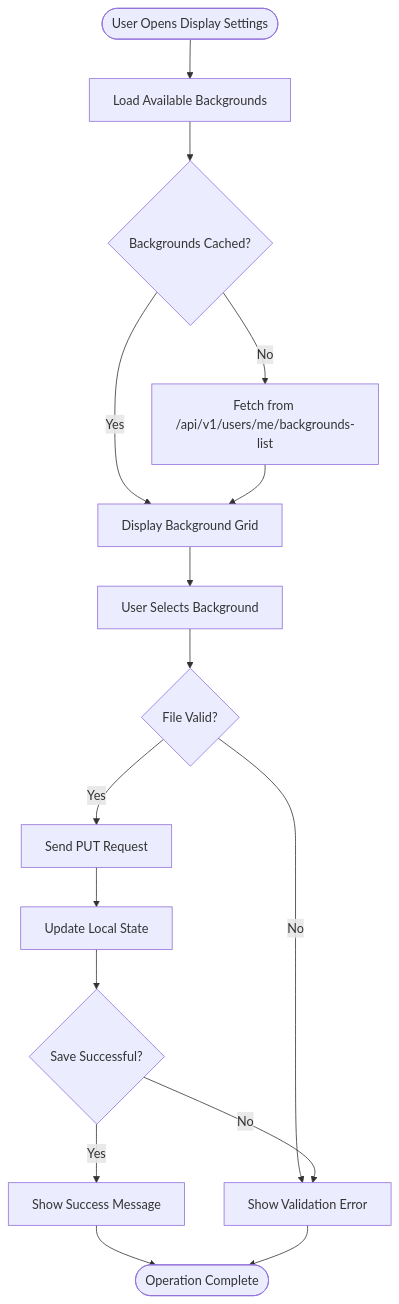
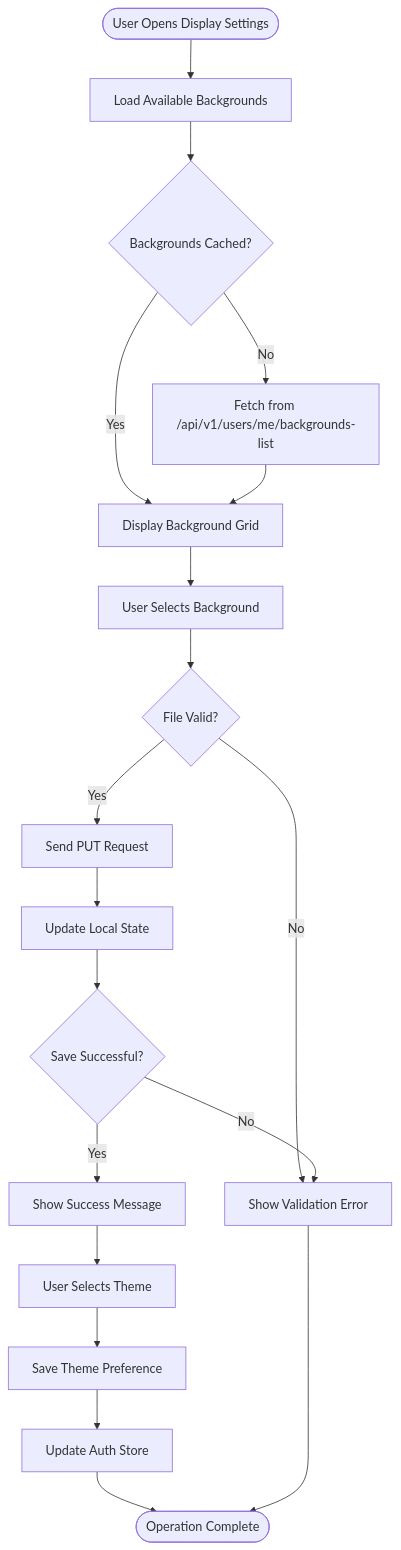
The fifth of 13 diagrams in .qoder/repowiki/en/content/Per-User Background Image System.md (Nikita5543/New-SSO-02), drawn with Mermaid before and after one commit. The commit also changed other lines of this file and 3 other files, not shown here.

First line of the commit message:
feat(user): add unified profile update with theme and background support

````diff
--- a/.qoder/repowiki/en/content/Per-User Background Image System.md
+++ b/.qoder/repowiki/en/content/Per-User Background Image System.md
@@ -241,18 +253,21 @@
 ```mermaid
 flowchart TD
 Start([User Opens Display Settings]) --> LoadBG["Load Available Backgrounds"]
 LoadBG --> CheckCache{"Backgrounds Cached?"}
 CheckCache --> |Yes| DisplayGrid["Display Background Grid"]
 CheckCache --> |No| FetchAPI["Fetch from /api/v1/users/me/backgrounds-list"]
 FetchAPI --> DisplayGrid
 DisplayGrid --> SelectBG["User Selects Background"]
 SelectBG --> ValidateFile{"File Valid?"}
 ValidateFile --> |No| ShowError["Show Validation Error"]
 ValidateFile --> |Yes| SendRequest["Send PUT Request"]
 SendRequest --> UpdateUI["Update Local State"]
 UpdateUI --> SaveSuccess{"Save Successful?"}
 SaveSuccess --> |Yes| ShowSuccess["Show Success Message"]
 SaveSuccess --> |No| ShowError
-ShowSuccess --> End([Operation Complete])
+ShowSuccess --> ThemeSelection["User Selects Theme"]
+ThemeSelection --> SaveTheme["Save Theme Preference"]
+SaveTheme --> UpdateAuth["Update Auth Store"]
+UpdateAuth --> End([Operation Complete])
 ShowError --> End
 ```
````
